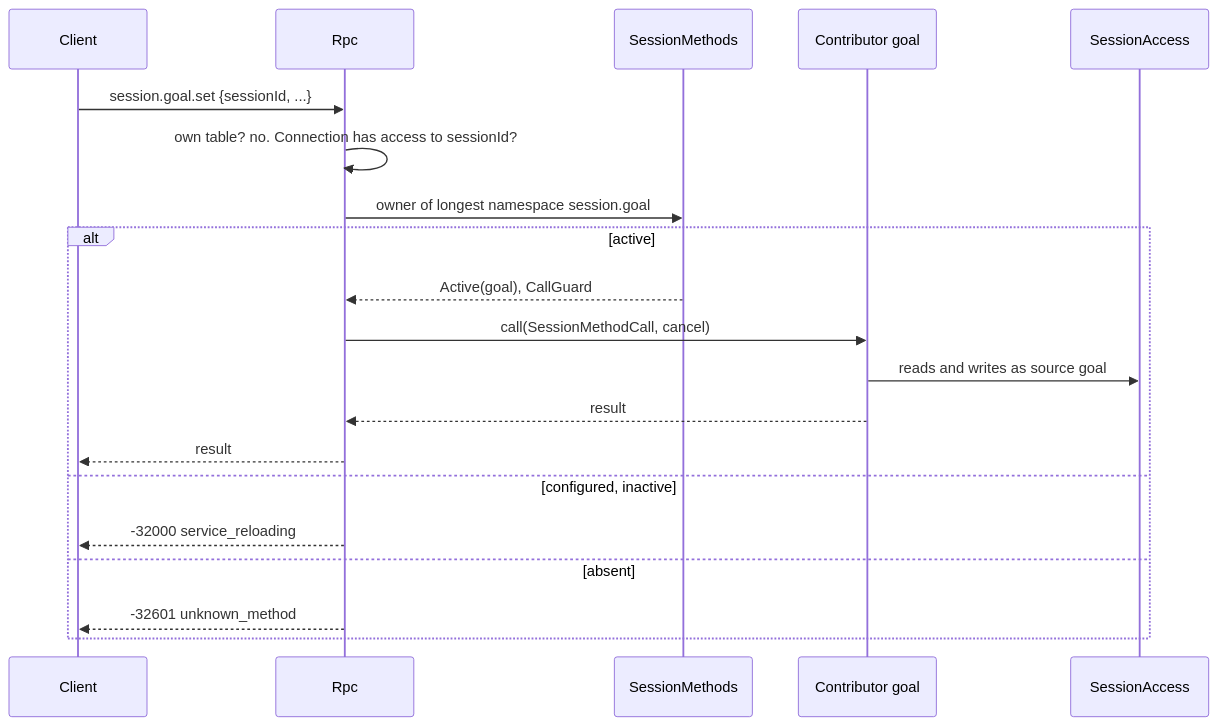
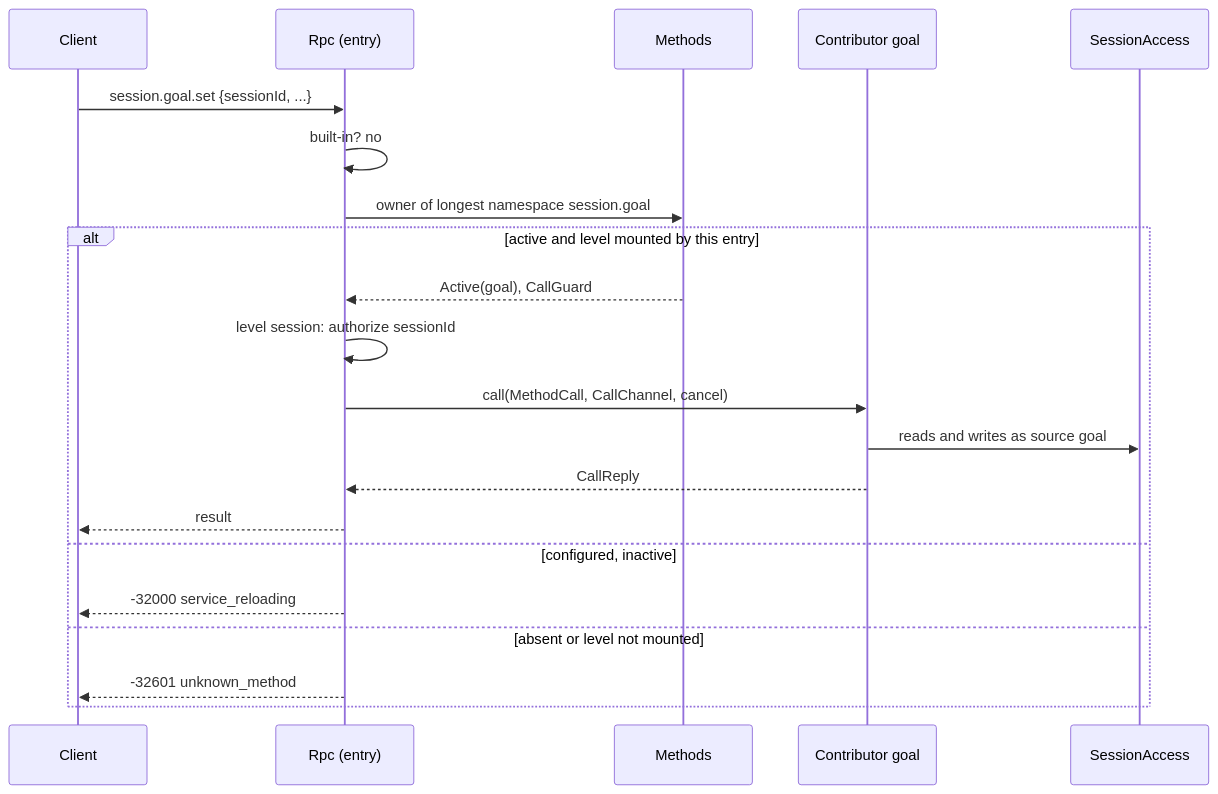
The third of 5 diagrams in docs/design/contracts/session-boundary.md (CoutinhoTTS/dim-agent), drawn with Mermaid before and after one commit. The commit also changed other lines of this file and 4 other files, not shown here.

````diff
--- a/docs/design/contracts/session-boundary.md
+++ b/docs/design/contracts/session-boundary.md
@@ -104,22 +70,23 @@
 ```mermaid
 sequenceDiagram
   participant CL as Client
-  participant Rpc as Rpc
-  participant R as SessionMethods
+  participant Rpc as Rpc (entry)
+  participant R as Methods
   participant G as Contributor goal
   participant SA as SessionAccess
   CL->>Rpc: session.goal.set {sessionId, ...}
-  Rpc->>Rpc: own table? no. Connection has access to sessionId?
+  Rpc->>Rpc: built-in? no
   Rpc->>R: owner of longest namespace session.goal
-  alt active
+  alt active and level mounted by this entry
     R-->>Rpc: Active(goal), CallGuard
-    Rpc->>G: call(SessionMethodCall, cancel)
+    Rpc->>Rpc: level session: authorize sessionId
+    Rpc->>G: call(MethodCall, CallChannel, cancel)
     G->>SA: reads and writes as source goal
-    G-->>Rpc: result
+    G-->>Rpc: CallReply
     Rpc-->>CL: result
   else configured, inactive
     Rpc-->>CL: -32000 service_reloading
-  else absent
+  else absent or level not mounted
     Rpc-->>CL: -32601 unknown_method
   end
 ```
````
